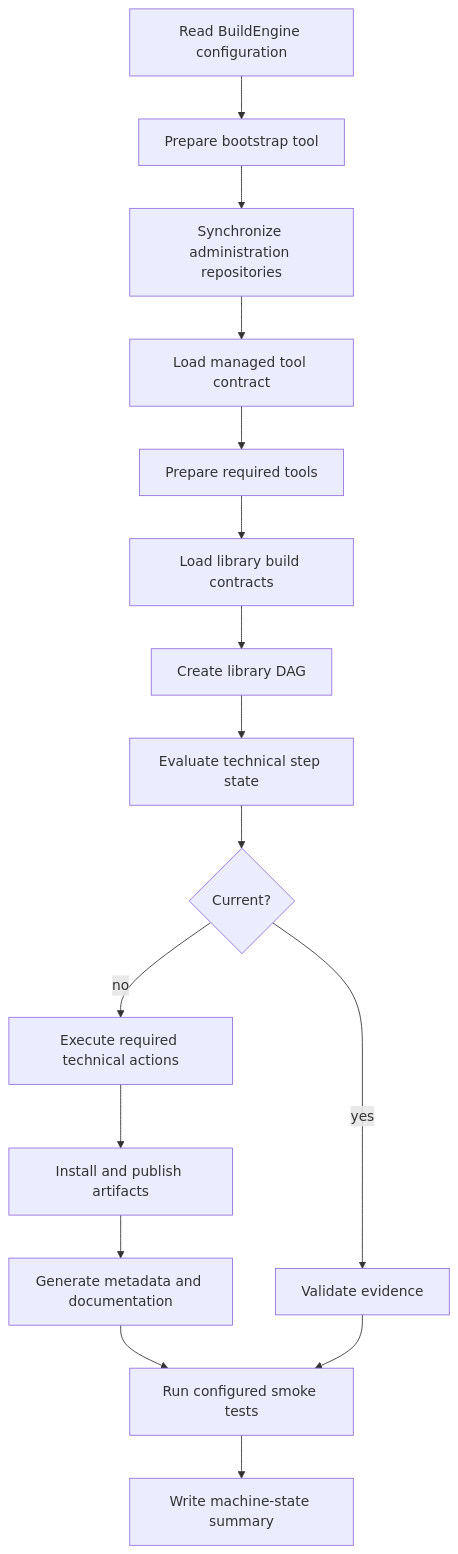
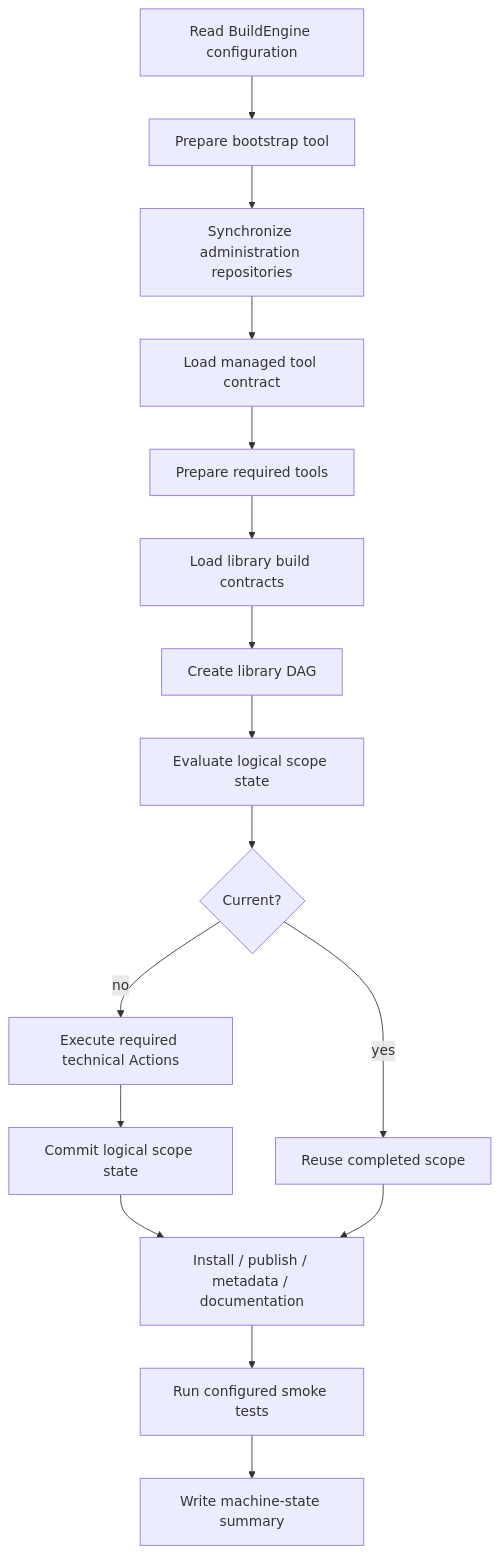
One commit to adeccscholar/BuildEngine-Admin changed the first of 4 diagrams in admin/server-docs/buildengine.md. Above: the diagram before and after it, drawn with Mermaid. The commit also changed other lines of this file, not shown here.

Commit message:
Align BuildEngine architecture docs with logical scope state

````diff
--- a/admin/server-docs/buildengine.md
+++ b/admin/server-docs/buildengine.md
@@ -33,18 +34,18 @@
 ```mermaid
 flowchart TD
    A[Read BuildEngine configuration] --> B[Prepare bootstrap tool]
    B --> C[Synchronize administration repositories]
    C --> D[Load managed tool contract]
    D --> E[Prepare required tools]
    E --> F[Load library build contracts]
    F --> G[Create library DAG]
-   G --> H[Evaluate technical step state]
+   G --> H[Evaluate logical scope state]
    H --> I{Current?}
-   I -- yes --> J[Validate evidence]
-   I -- no --> K[Execute required technical actions]
-   K --> L[Install and publish artifacts]
-   L --> M[Generate metadata and documentation]
+   I -- yes --> J[Reuse completed scope]
+   I -- no --> K[Execute required technical Actions]
+   K --> L[Commit logical scope state]
+   L --> M[Install / publish / metadata / documentation]
+   J --> M
    M --> N[Run configured smoke tests]
-   J --> N
    N --> O[Write machine-state summary]
 ```
````
